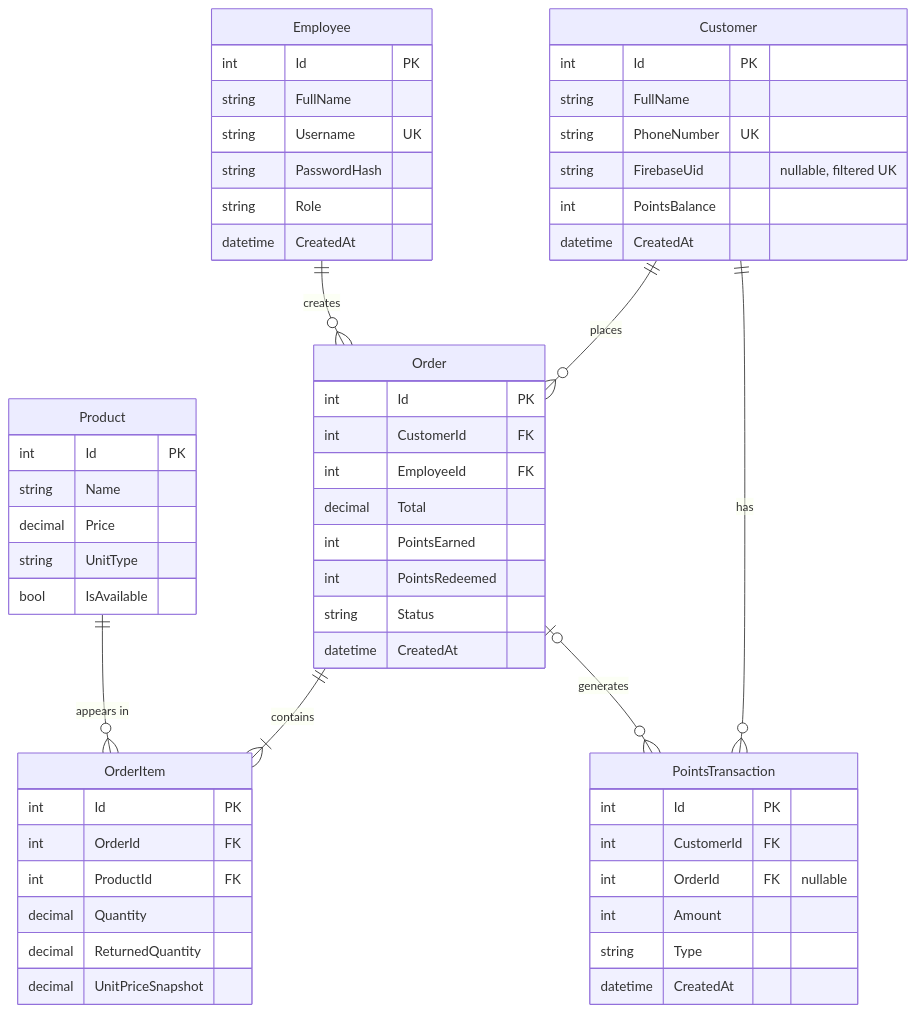
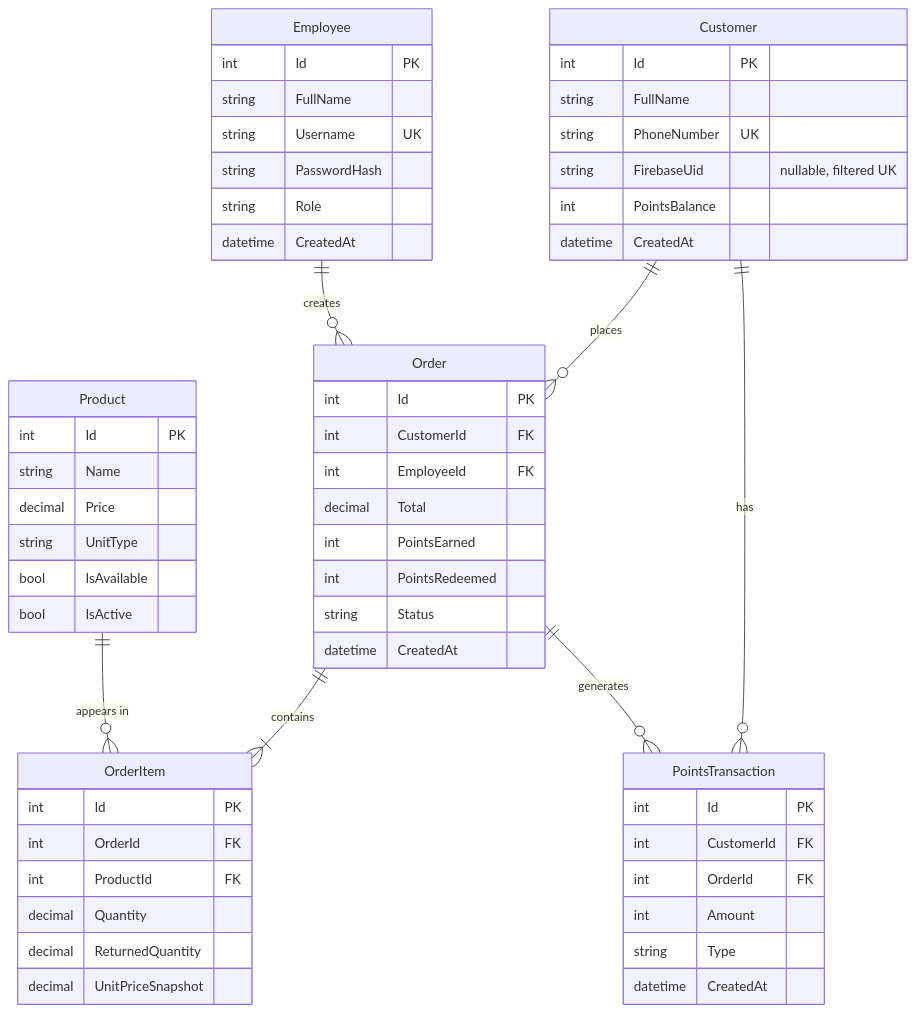
One commit to Mohammad-abdelhadi-2006/coffee-loyalty-system changed the diagram in docs/ERD.md. Above: the diagram before and after it, drawn with Mermaid. The commit also changed other lines of this file and 1 other file, not shown here.

First line of the commit message:
docs: finalize design decisions (16) and sync ERD

````diff
--- a/docs/ERD.md
+++ b/docs/ERD.md
@@ -3,59 +3,60 @@
 ```mermaid
 erDiagram
     Customer {
         int Id PK
         string FullName
         string PhoneNumber UK
         string FirebaseUid "nullable, filtered UK"
         int PointsBalance
         datetime CreatedAt
     }
     Employee {
         int Id PK
         string FullName
         string Username UK
         string PasswordHash
         string Role
         datetime CreatedAt
     }
     Product {
         int Id PK
         string Name
         decimal Price
         string UnitType
         bool IsAvailable
+        bool IsActive
     }
     Order {
         int Id PK
         int CustomerId FK
         int EmployeeId FK
         decimal Total
         int PointsEarned
         int PointsRedeemed
         string Status
         datetime CreatedAt
     }
     OrderItem {
         int Id PK
         int OrderId FK
         int ProductId FK
         decimal Quantity
         decimal ReturnedQuantity
         decimal UnitPriceSnapshot
     }
     PointsTransaction {
         int Id PK
         int CustomerId FK
-        int OrderId FK "nullable"
+        int OrderId FK
         int Amount
         string Type
         datetime CreatedAt
     }
 
     Customer ||--o{ Order : places
     Employee ||--o{ Order : creates
     Order ||--|{ OrderItem : contains
     Product ||--o{ OrderItem : "appears in"
     Customer ||--o{ PointsTransaction : has
-    Order |o--o{ PointsTransaction : generates
+    Order ||--o{ PointsTransaction : generates
 ```
````
